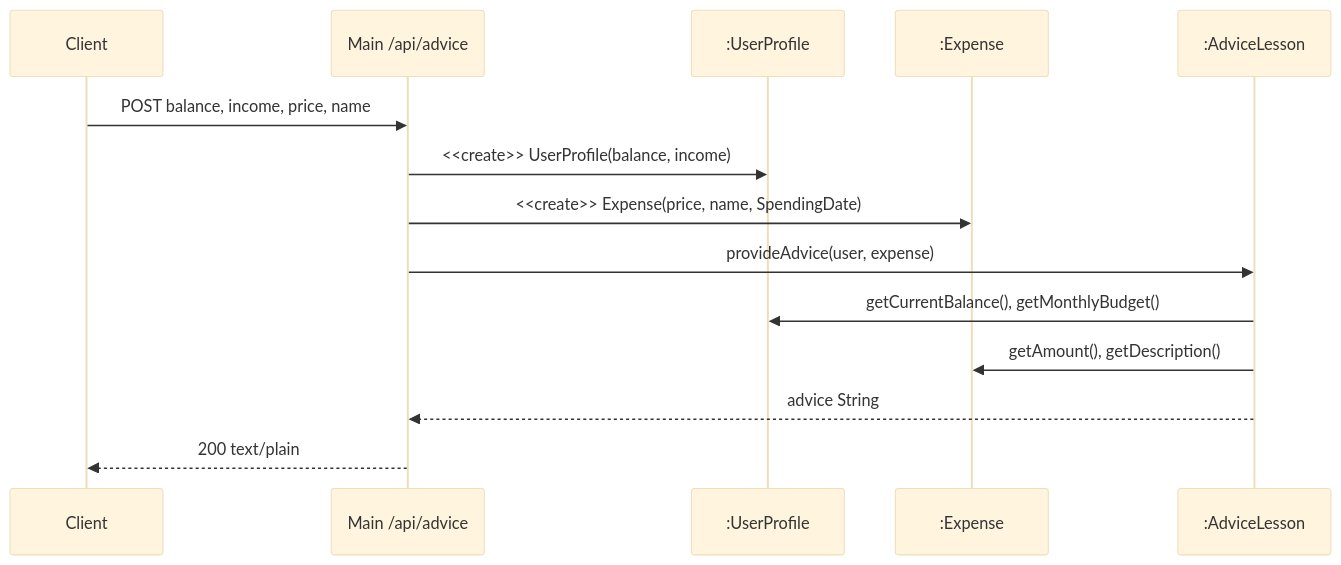
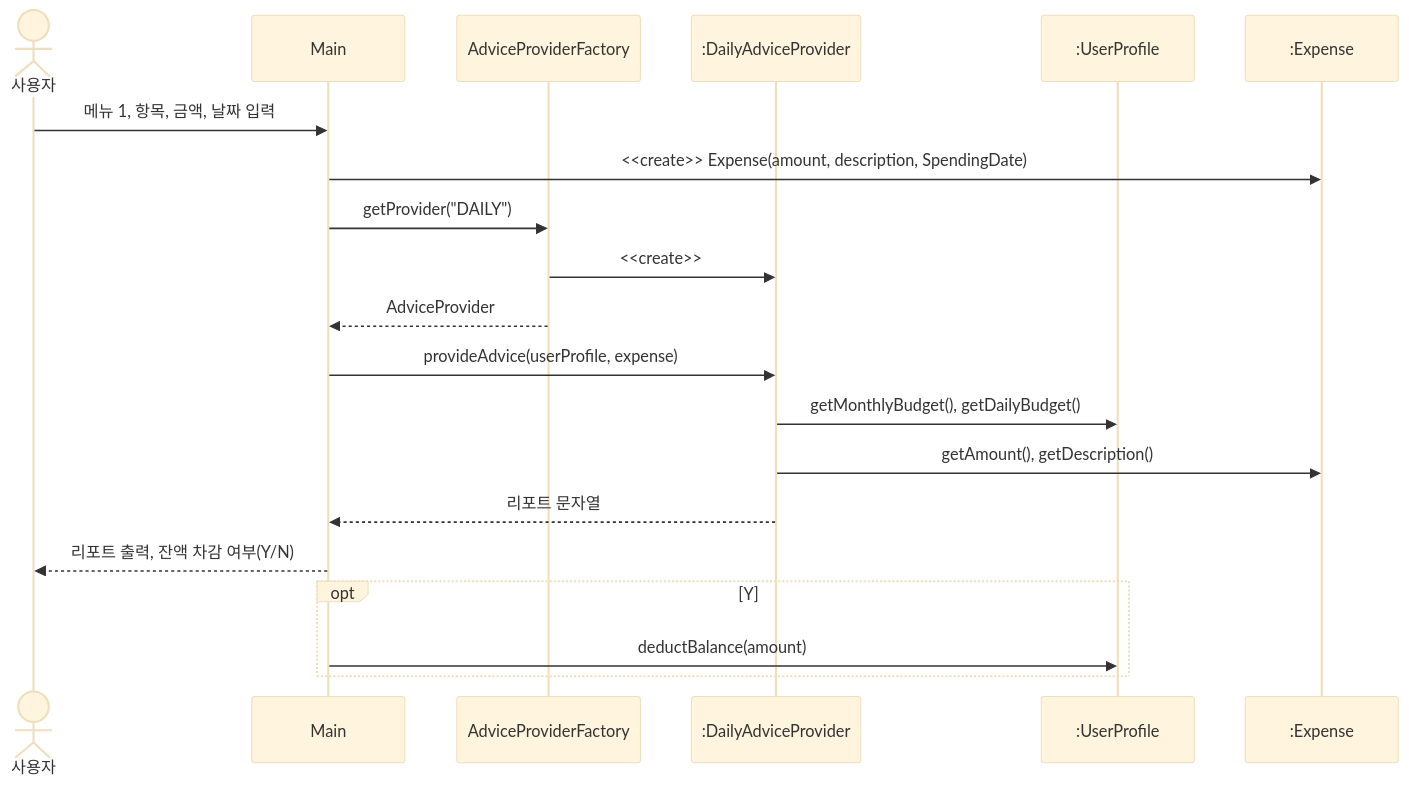
One commit to YoungHoonKo/younghoonko.github.io changed the second of 2 diagrams in _posts/2026-11-05-Design_Pattern_06.md. Above: the diagram before and after it, drawn with Mermaid (base theme). The commit also changed other lines of this file and 7 other files, not shown here.

````diff
--- a/_posts/2026-11-05-Design_Pattern_06.md
+++ b/_posts/2026-11-05-Design_Pattern_06.md
@@ -96,16 +114,22 @@
 ```mermaid
 sequenceDiagram
-    participant C as Client
-    participant M as Main /api/advice
-    participant U as :UserProfile
+    actor U as 사용자
+    participant M as Main
+    participant F as AdviceProviderFactory
+    participant P as :DailyAdviceProvider
+    participant UP as :UserProfile
     participant E as :Expense
-    participant A as :AdviceLesson
-    C->>M: POST balance, income, price, name
-    M->>U: <<create>> UserProfile(balance, income)
-    M->>E: <<create>> Expense(price, name, SpendingDate)
-    M->>A: provideAdvice(user, expense)
-    A->>U: getCurrentBalance(), getMonthlyBudget()
-    A->>E: getAmount(), getDescription()
-    A-->>M: advice String
-    M-->>C: 200 text/plain
+    U->>M: 메뉴 1, 항목, 금액, 날짜 입력
+    M->>E: <<create>> Expense(amount, description, SpendingDate)
+    M->>F: getProvider("DAILY")
+    F->>P: <<create>>
+    F-->>M: AdviceProvider
+    M->>P: provideAdvice(userProfile, expense)
+    P->>UP: getMonthlyBudget(), getDailyBudget()
+    P->>E: getAmount(), getDescription()
+    P-->>M: 리포트 문자열
+    M-->>U: 리포트 출력, 잔액 차감 여부(Y/N)
+    opt Y
+        M->>UP: deductBalance(amount)
+    end
 ```
````
